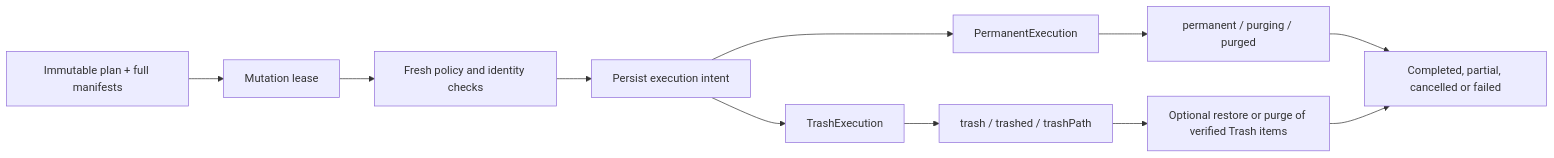
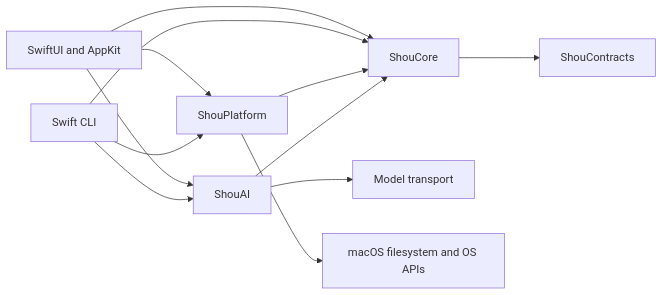
One commit to limecloud/shou changed the second of 3 diagrams in docs/architecture/system-design.md. Above: the diagram before and after it, drawn with Mermaid. The commit also changed other lines of this file and 312 other files, not shown here.

````diff
--- a/docs/architecture/system-design.md
+++ b/docs/architecture/system-design.md
@@ -275,13 +52,14 @@
 ```mermaid
 flowchart LR
-    Plan[Immutable plan + full manifests] --> Lease[Mutation lease]
-    Lease --> Preflight[Fresh policy and identity checks]
-    Preflight --> Journal[Persist execution intent]
-    Journal --> TrashExecution[TrashExecution]
-    Journal --> PermanentExecution[PermanentExecution]
-    TrashExecution --> TrashReceipt[trash / trashed / trashPath]
-    PermanentExecution --> PurgeReceipt[permanent / purging / purged]
-    TrashReceipt --> FollowUp[Optional restore or purge of verified Trash items]
-    PurgeReceipt --> Terminal[Completed, partial, cancelled or failed]
-    FollowUp --> Terminal
+    Mac[SwiftUI and AppKit] --> Core[ShouCore]
+    CLI[Swift CLI] --> Core
+    Mac --> Platform[ShouPlatform]
+    CLI --> Platform
+    Platform --> Core
+    Core --> Contracts[ShouContracts]
+    Mac --> AI[ShouAI]
+    CLI --> AI
+    AI --> Core
+    AI --> Model[Model transport]
+    Platform --> Files[macOS filesystem and OS APIs]
 ```
````
